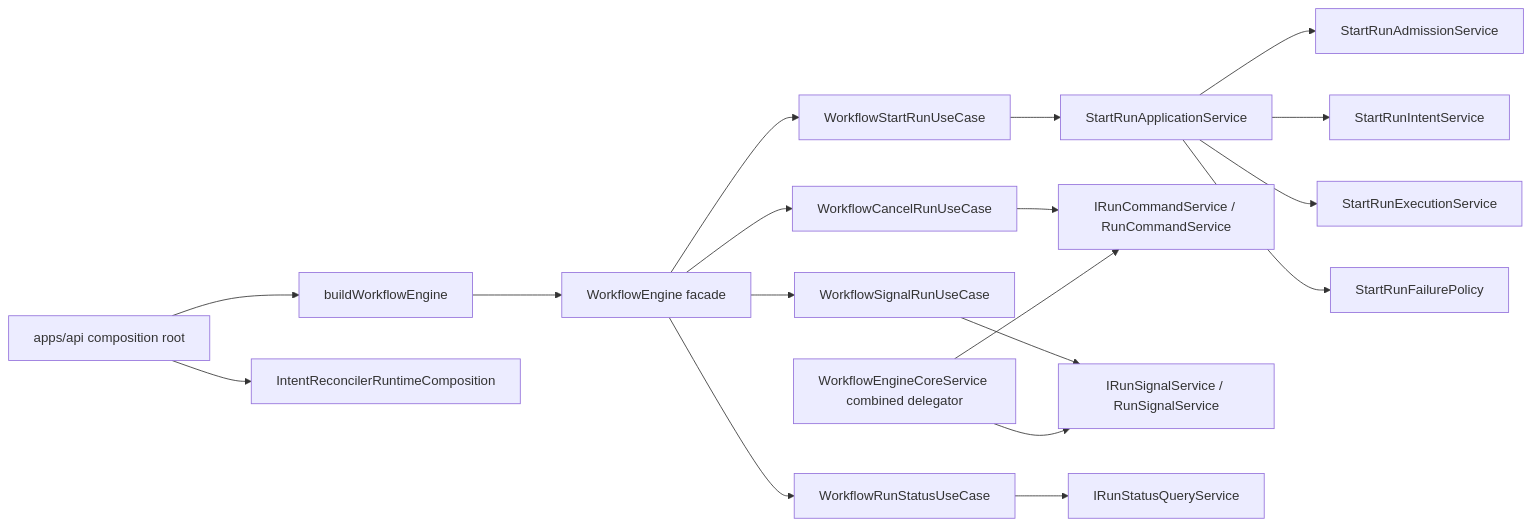
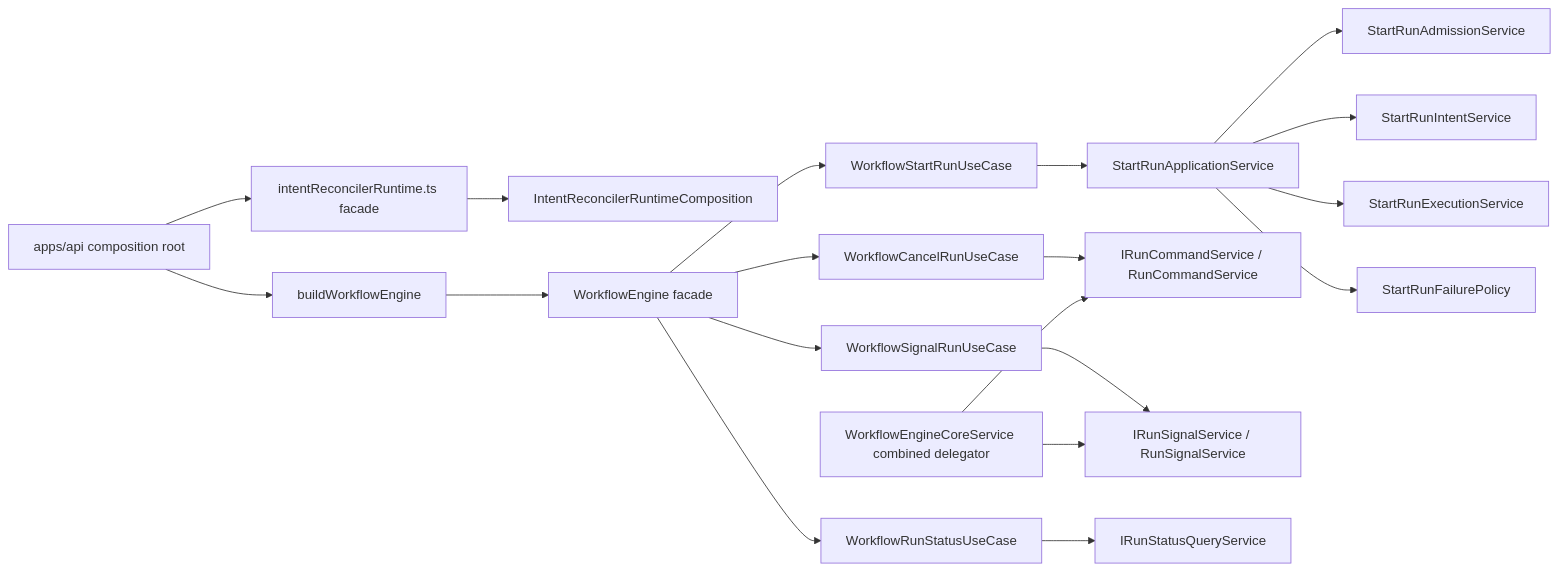
The first of 3 diagrams in docs/architecture/components/engine/architecture/workflow-engine-semantic-closure-component.md (dunay2/dvt), drawn with Mermaid before and after one commit. The commit also changed other lines of this file and 8 other files, not shown here.

````diff
--- a/docs/architecture/components/engine/architecture/workflow-engine-semantic-closure-component.md
+++ b/docs/architecture/components/engine/architecture/workflow-engine-semantic-closure-component.md
@@ -93,22 +95,23 @@
 ```mermaid
 flowchart LR
   Api["apps/api composition root"] --> Factory["buildWorkflowEngine"]
-  Api --> Reconciler["IntentReconcilerRuntimeComposition"]
+  Api --> RuntimeFacade["intentReconcilerRuntime.ts facade"]
+  RuntimeFacade --> Reconciler["IntentReconcilerRuntimeComposition"]
   Factory --> Facade["WorkflowEngine facade"]
   Facade --> Start["WorkflowStartRunUseCase"]
   Facade --> Cancel["WorkflowCancelRunUseCase"]
   Facade --> Signal["WorkflowSignalRunUseCase"]
   Facade --> Status["WorkflowRunStatusUseCase"]
 
   Start --> StartApp["StartRunApplicationService"]
   StartApp --> Admission["StartRunAdmissionService"]
   StartApp --> Intent["StartRunIntentService"]
   StartApp --> Exec["StartRunExecutionService"]
   StartApp --> Failure["StartRunFailurePolicy"]
 
   Cancel --> Command["IRunCommandService / RunCommandService"]
   Signal --> SignalSvc["IRunSignalService / RunSignalService"]
   Control["WorkflowEngineCoreService combined delegator"] --> Command
   Control --> SignalSvc
   Status --> StatusQuery["IRunStatusQueryService"]
 ```
````
